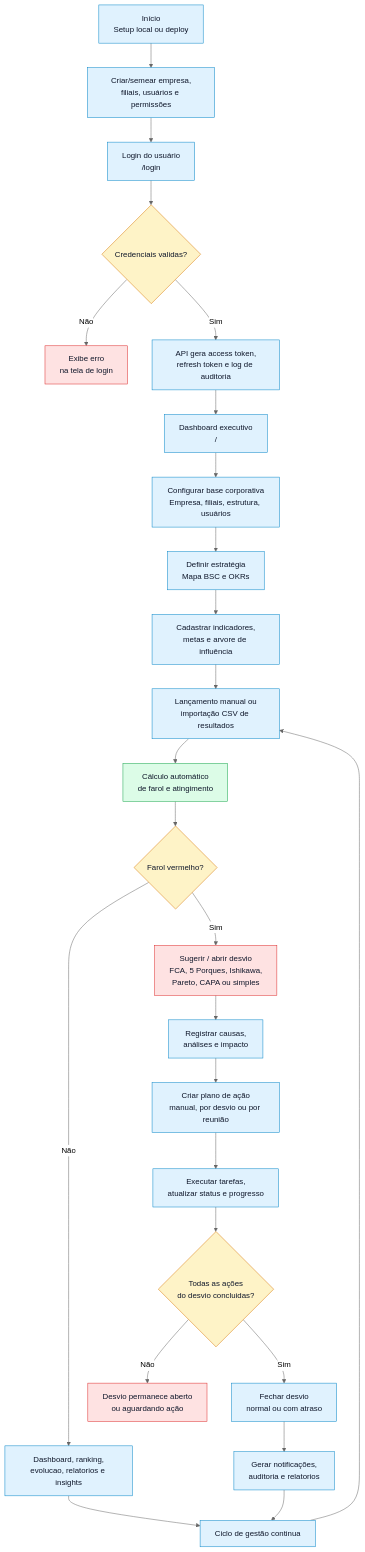
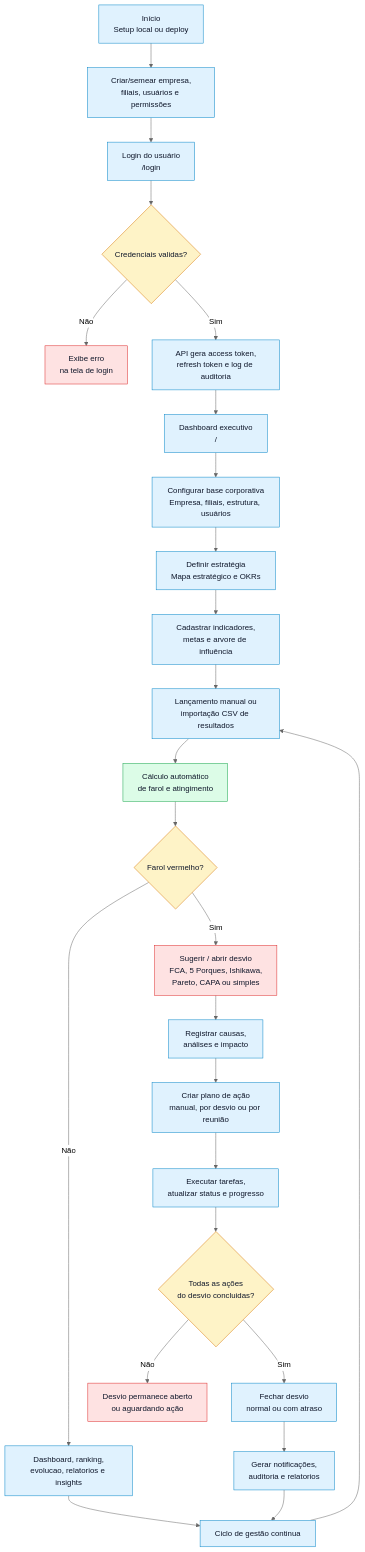
Before and after one commit to aldemirfidelis/gestao-360-indicadores: the second of 12 diagrams in docs/fluxograma-completo.md, drawn with Mermaid (neutral theme). The commit also changed other lines of this file and 41 other files, not shown here.

````diff
--- a/docs/fluxograma-completo.md
+++ b/docs/fluxograma-completo.md
@@ -63,36 +63,36 @@
 ```mermaid
 flowchart TD
   A["Início<br/>Setup local ou deploy"] --> B["Criar/semear empresa,<br/>filiais, usuários e permissões"]
   B --> C["Login do usuário<br/>/login"]
   C --> D{"Credenciais validas?"}
   D -- "Não" --> C1["Exibe erro<br/>na tela de login"]
   D -- "Sim" --> E["API gera access token,<br/>refresh token e log de auditoria"]
   E --> F["Dashboard executivo<br/>/"]
   F --> G["Configurar base corporativa<br/>Empresa, filiais, estrutura, usuários"]
-  G --> H["Definir estratégia<br/>Mapa BSC e OKRs"]
+  G --> H["Definir estratégia<br/>Mapa estratégico e OKRs"]
   H --> I["Cadastrar indicadores,<br/>metas e arvore de influência"]
   I --> J["Lançamento manual ou<br/>importação CSV de resultados"]
   J --> K["Cálculo automático<br/>de farol e atingimento"]
   K --> L{"Farol vermelho?"}
   L -- "Não" --> M["Dashboard, ranking,<br/>evolucao, relatorios e insights"]
   L -- "Sim" --> N["Sugerir / abrir desvio<br/>FCA, 5 Porques, Ishikawa,<br/>Pareto, CAPA ou simples"]
   N --> O["Registrar causas,<br/>análises e impacto"]
   O --> P["Criar plano de ação<br/>manual, por desvio ou por reunião"]
   P --> Q["Executar tarefas,<br/>atualizar status e progresso"]
   Q --> R{"Todas as ações<br/>do desvio concluidas?"}
   R -- "Não" --> Q1["Desvio permanece aberto<br/>ou aguardando ação"]
   R -- "Sim" --> S["Fechar desvio<br/>normal ou com atraso"]
   S --> T["Gerar notificações,<br/>auditoria e relatorios"]
   M --> U["Ciclo de gestão continua"]
   T --> U
   U --> J
 
   classDef step fill:#e0f2fe,stroke:#0284c7,color:#0f172a
   classDef rule fill:#dcfce7,stroke:#16a34a,color:#0f172a
   classDef decision fill:#fef3c7,stroke:#d97706,color:#0f172a
   classDef risk fill:#fee2e2,stroke:#dc2626,color:#0f172a
   class A,B,C,E,F,G,H,I,J,M,O,P,Q,S,T,U step
   class K rule
   class D,L,R decision
   class C1,N,Q1 risk
 ```
````
